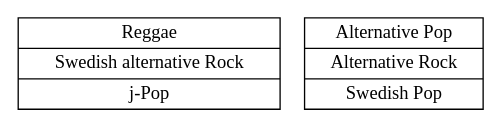
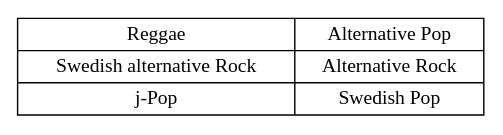
One commit to sahib/libmunin-thesis changed the diagram in rst/5_provider/figs/tree_input.dot. Above: the diagram before and after it, drawn with Graphviz. The commit also changed 14 other files, not shown here.

```diff
--- a/rst/5_provider/figs/tree_input.dot
+++ b/rst/5_provider/figs/tree_input.dot
@@ -1,10 +1,9 @@
 digraph {
     size=4; 
     node [shape=record];
     splines=false;
 
     subgraph {
-        core [label="{Reggae | Swedish alternative Rock | j-Pop}"];
-        other [label="{Alternative Pop | Alternative Rock | Swedish Pop}"];
+        core [label="{Reggae | Swedish alternative Rock | j-Pop} | {Alternative Pop | Alternative Rock | Swedish Pop}"];
     }
 }
```
